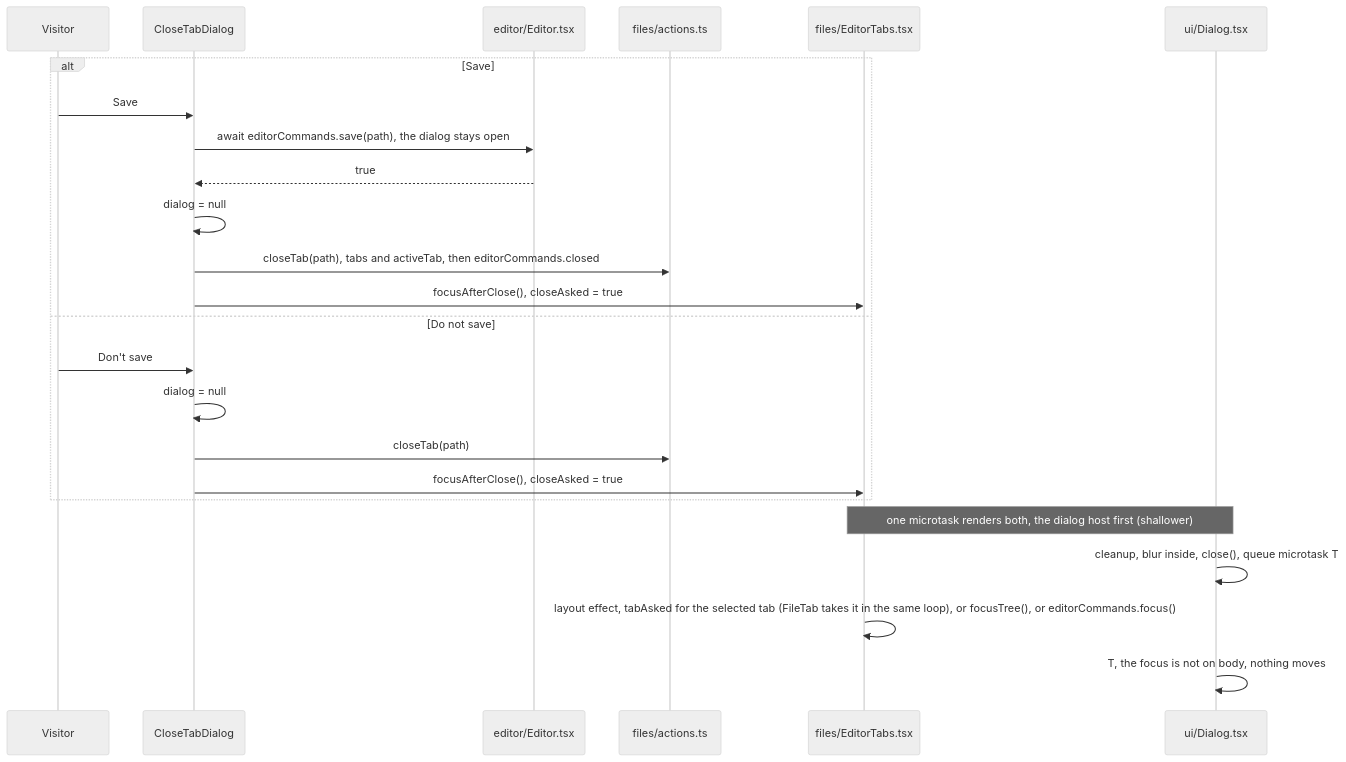
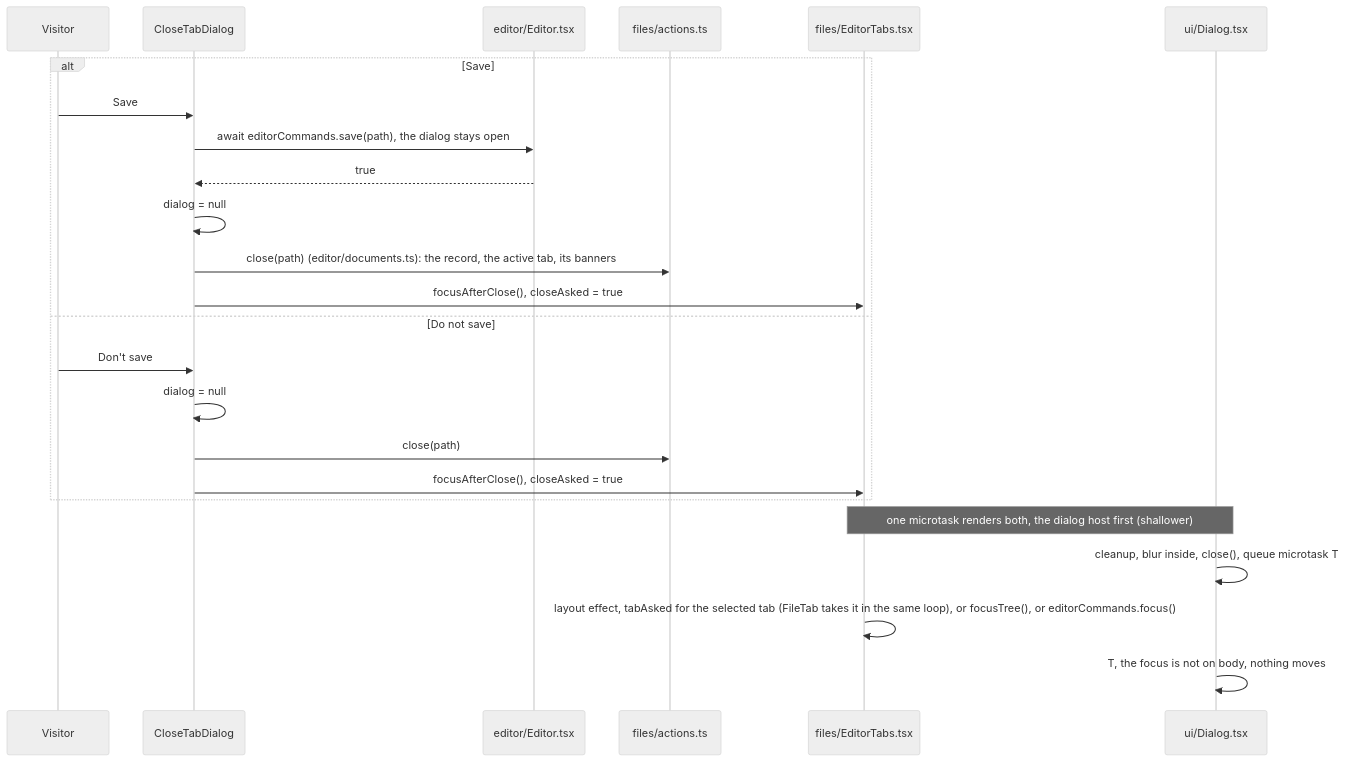
Before and after one commit to jeffzyliu/dofile: the fifth of 9 diagrams in docs/web-page-flows.md, drawn with Mermaid (neutral theme). The commit also changed other lines of this file, not shown here.

Commit message:
docs: web-page-flows names editor/documents.ts (close, moved, retype, the derived dot) and the new test names

````diff
--- a/docs/web-page-flows.md
+++ b/docs/web-page-flows.md
@@ -241,26 +241,26 @@
 ```mermaid
 sequenceDiagram
   participant V as Visitor
   participant CT as CloseTabDialog
   participant Ed as editor/Editor.tsx
   participant A as files/actions.ts
   participant ET as files/EditorTabs.tsx
   participant D as ui/Dialog.tsx
   alt Save
     V->>CT: Save
     CT->>Ed: await editorCommands.save(path), the dialog stays open
     Ed-->>CT: true
     CT->>CT: dialog = null
-    CT->>A: closeTab(path), tabs and activeTab, then editorCommands.closed
+    CT->>A: close(path) (editor/documents.ts): the record, the active tab, its banners
     CT->>ET: focusAfterClose(), closeAsked = true
   else Do not save
     V->>CT: Don't save
     CT->>CT: dialog = null
-    CT->>A: closeTab(path)
+    CT->>A: close(path)
     CT->>ET: focusAfterClose(), closeAsked = true
   end
   Note over D,ET: one microtask renders both, the dialog host first (shallower)
   D->>D: cleanup, blur inside, close(), queue microtask T
   ET->>ET: layout effect, tabAsked for the selected tab (FileTab takes it in the same loop), or focusTree(), or editorCommands.focus()
   D->>D: T, the focus is not on body, nothing moves
 ```
````
